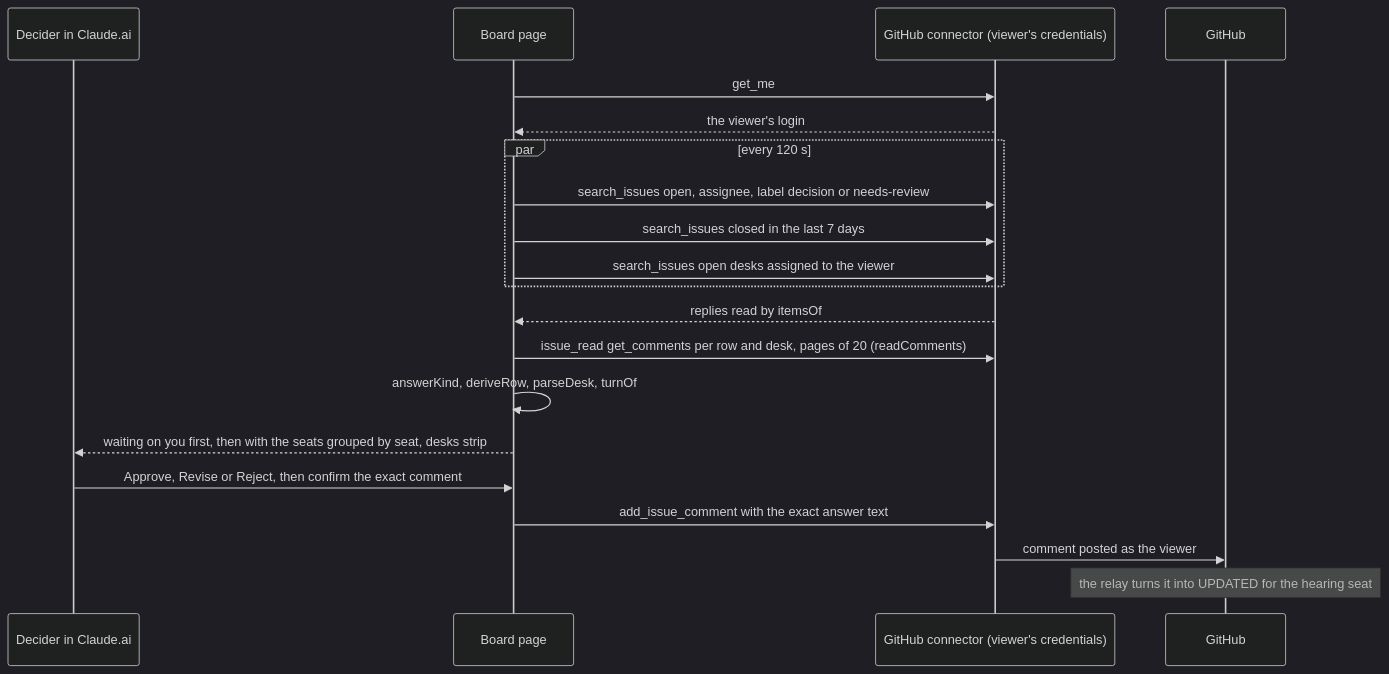
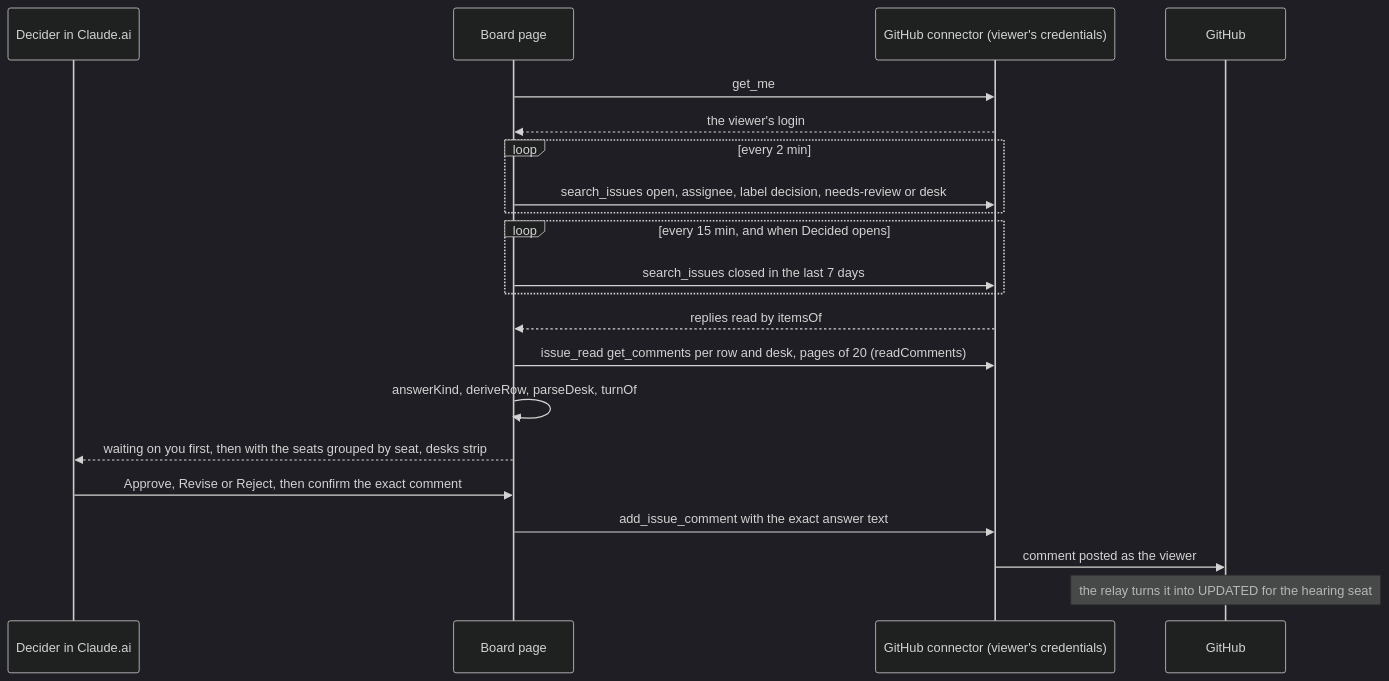
The sixth of 11 diagrams in docs/design/flows.md (DeSciX/daita-beast), drawn with Mermaid (dark theme) before and after one commit. The commit also changed other lines of this file and 19 other files, not shown here.

````diff
--- a/docs/design/flows.md
+++ b/docs/design/flows.md
@@ -234,22 +234,23 @@
 ```mermaid
 sequenceDiagram
   participant V as Decider in Claude.ai
   participant P as Board page
   participant C as GitHub connector (viewer's credentials)
   participant G as GitHub
   P->>C: get_me
   C-->>P: the viewer's login
-  par every 120 s
-    P->>C: search_issues open, assignee, label decision or needs-review
+  loop every 2 min
+    P->>C: search_issues open, assignee, label decision, needs-review or desk
+  end
+  loop every 15 min, and when Decided opens
     P->>C: search_issues closed in the last 7 days
-    P->>C: search_issues open desks assigned to the viewer
   end
   C-->>P: replies read by itemsOf
   P->>C: issue_read get_comments per row and desk, pages of 20 (readComments)
   P->>P: answerKind, deriveRow, parseDesk, turnOf
   P-->>V: waiting on you first, then with the seats grouped by seat, desks strip
   V->>P: Approve, Revise or Reject, then confirm the exact comment
   P->>C: add_issue_comment with the exact answer text
   C->>G: comment posted as the viewer
   Note over G: the relay turns it into UPDATED for the hearing seat
 ```
````
